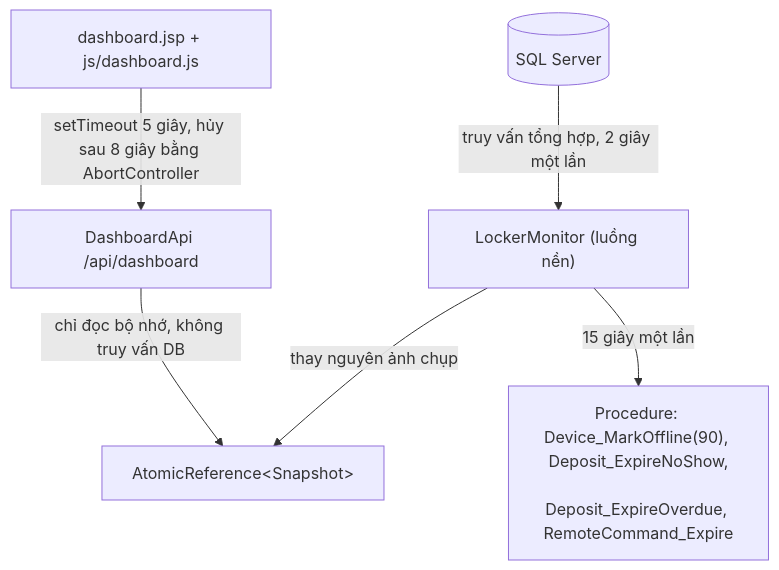
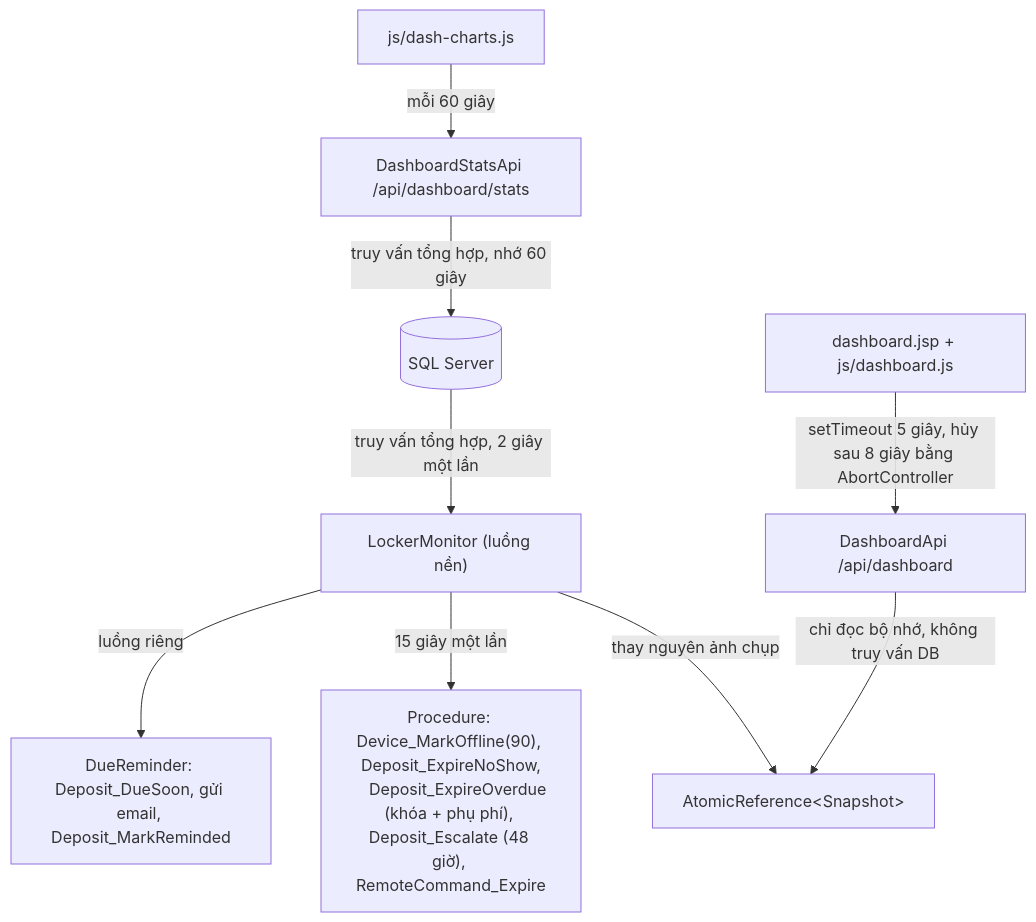
Before and after one commit to HoangDuc1003/SmartLocker: the first of 4 diagrams in docs/SYSTEM_FLOWS.md, drawn with Mermaid. The commit also changed other lines of this file and 130 other files, not shown here.

````diff
--- a/docs/SYSTEM_FLOWS.md
+++ b/docs/SYSTEM_FLOWS.md
@@ -12,9 +14,12 @@
 ```mermaid
 flowchart TD
     DB[(SQL Server)] -->|truy vấn tổng hợp, 2 giây một lần| LM["LockerMonitor (luồng nền)"]
     LM -->|thay nguyên ảnh chụp| CACHE["AtomicReference&lt;Snapshot&gt;"]
     API["DashboardApi /api/dashboard"] -->|chỉ đọc bộ nhớ, không truy vấn DB| CACHE
+    Stats["DashboardStatsApi /api/dashboard/stats"] -->|truy vấn tổng hợp, nhớ 60 giây| DB[(SQL Server)]
+    Charts["js/dash-charts.js"] -->|mỗi 60 giây| Stats
     Page["dashboard.jsp + js/dashboard.js"] -->|setTimeout 5 giây, hủy sau 8 giây bằng AbortController| API
     LM -->|15 giây một lần| PROC["Procedure: Device_MarkOffline(90), Deposit_ExpireNoShow,
-    Deposit_ExpireOverdue, RemoteCommand_Expire"]
+    Deposit_ExpireOverdue (khóa + phụ phí), Deposit_Escalate (48 giờ), RemoteCommand_Expire"]
+    LM -->|luồng riêng| MAIL["DueReminder: Deposit_DueSoon, gửi email, Deposit_MarkReminded"]
 ```
````
